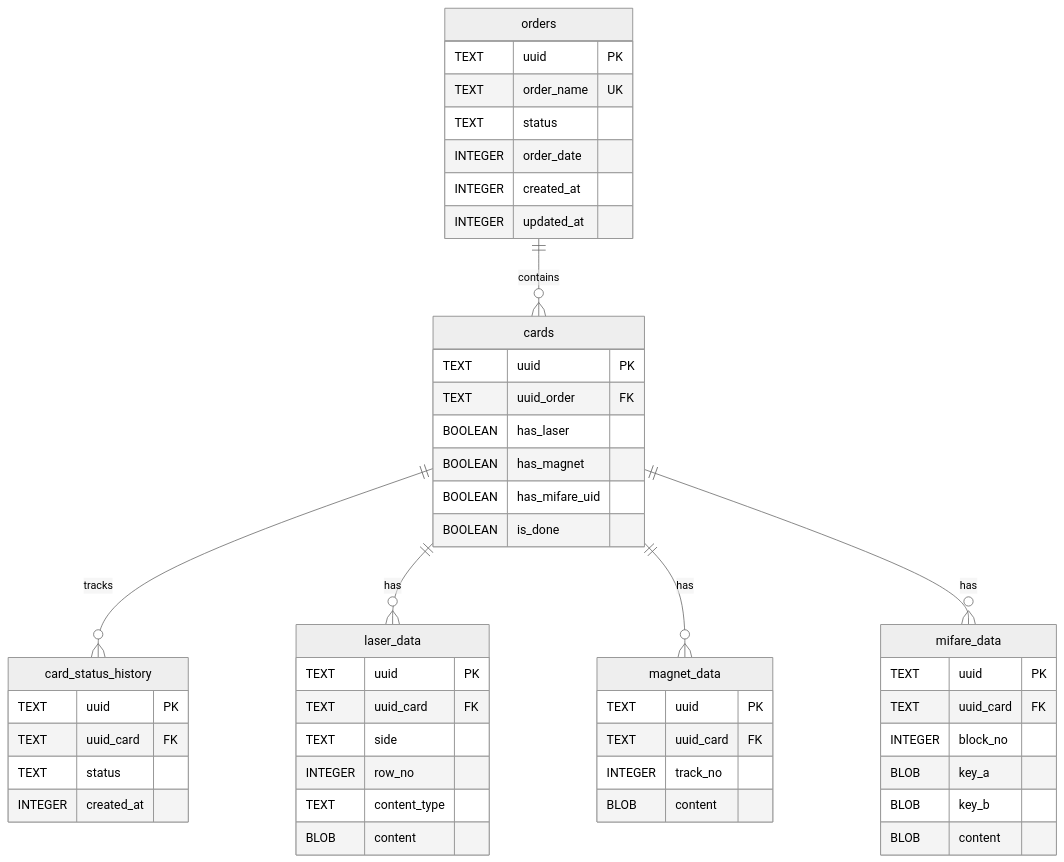
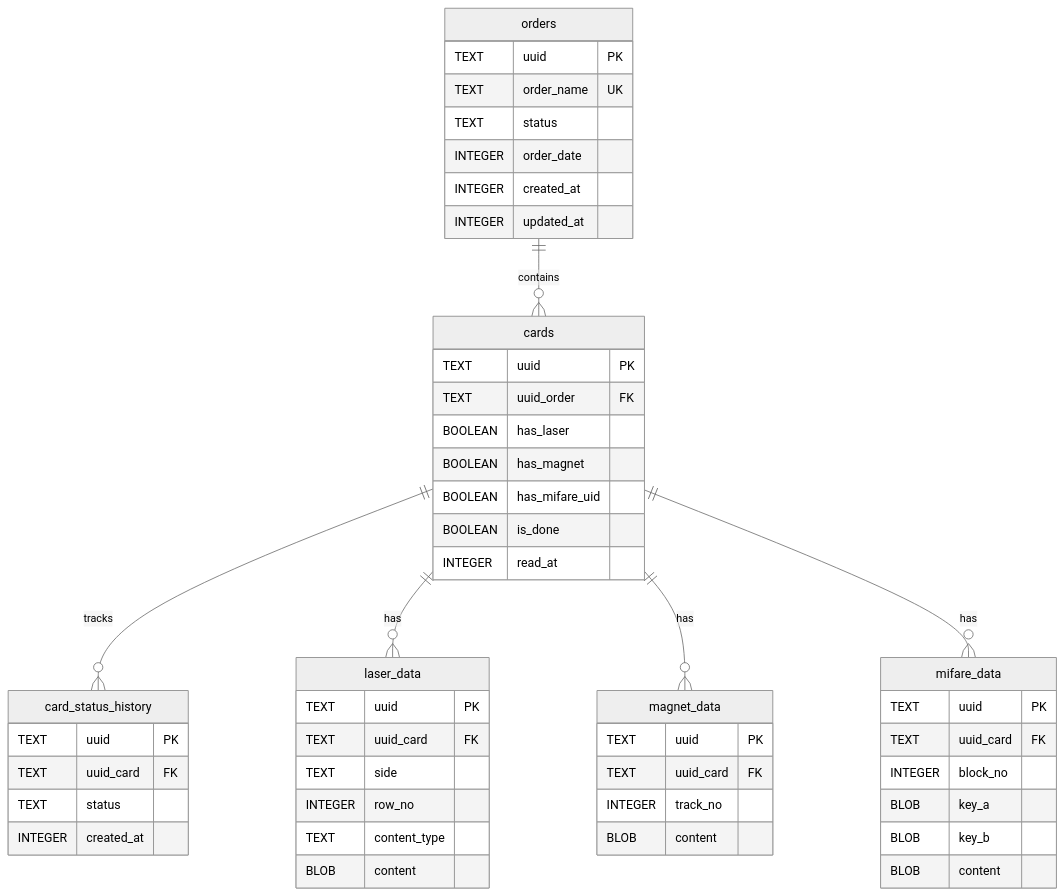
One commit to safakaveh/card-platform changed the third of 3 diagrams in README.md. Above: the diagram before and after it, drawn with Mermaid (neutral theme). The commit also changed other lines of this file and 31 other files, not shown here.

````diff
--- a/README.md
+++ b/README.md
@@ -275,52 +443,53 @@
 ```mermaid
 erDiagram
     orders ||--o{ cards : contains
     cards ||--o{ card_status_history : tracks
     cards ||--o{ laser_data : has
     cards ||--o{ magnet_data : has
     cards ||--o{ mifare_data : has
     orders {
       TEXT uuid PK
       TEXT order_name UK
       TEXT status
       INTEGER order_date
       INTEGER created_at
       INTEGER updated_at
     }
     cards {
       TEXT uuid PK
       TEXT uuid_order FK
       BOOLEAN has_laser
       BOOLEAN has_magnet
       BOOLEAN has_mifare_uid
       BOOLEAN is_done
+      INTEGER read_at
     }
     card_status_history {
       TEXT uuid PK
       TEXT uuid_card FK
       TEXT status
       INTEGER created_at
     }
     laser_data {
       TEXT uuid PK
       TEXT uuid_card FK
       TEXT side
       INTEGER row_no
       TEXT content_type
       BLOB content
     }
     magnet_data {
       TEXT uuid PK
       TEXT uuid_card FK
       INTEGER track_no
       BLOB content
     }
     mifare_data {
       TEXT uuid PK
       TEXT uuid_card FK
       INTEGER block_no
       BLOB key_a
       BLOB key_b
       BLOB content
     }
 ```
````
